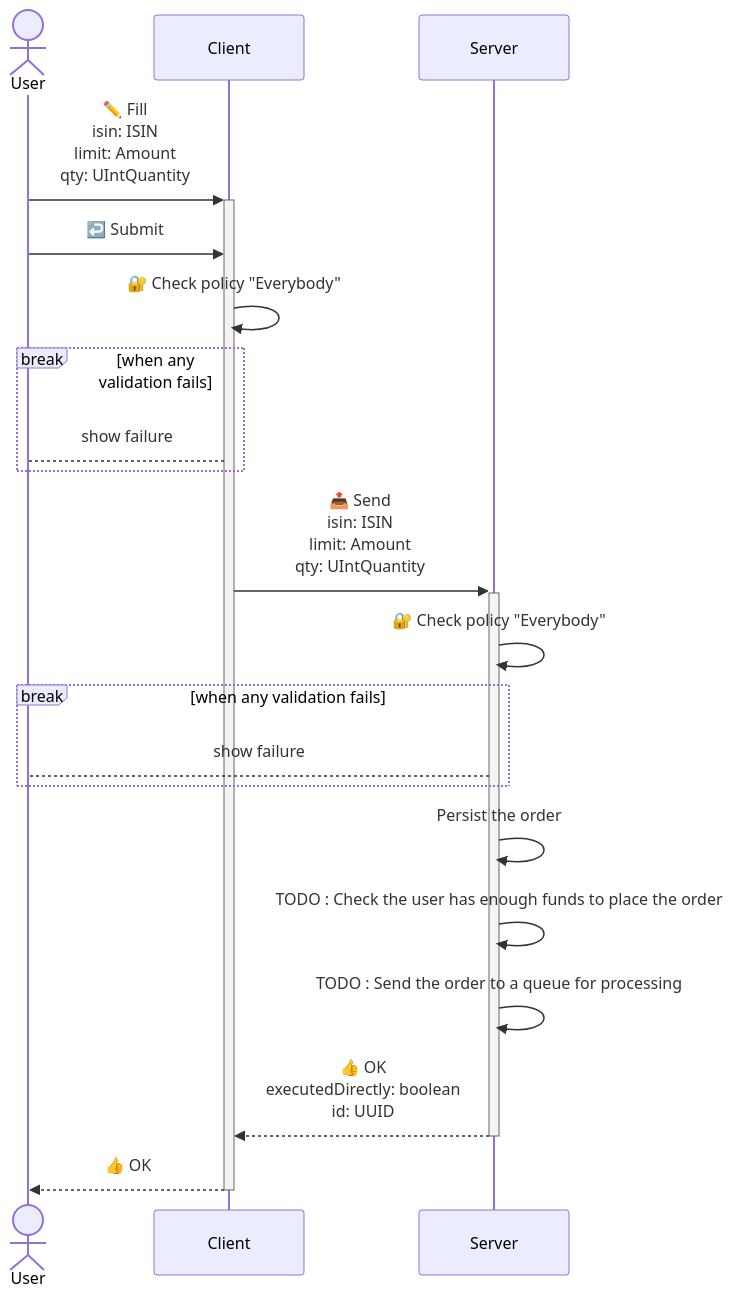
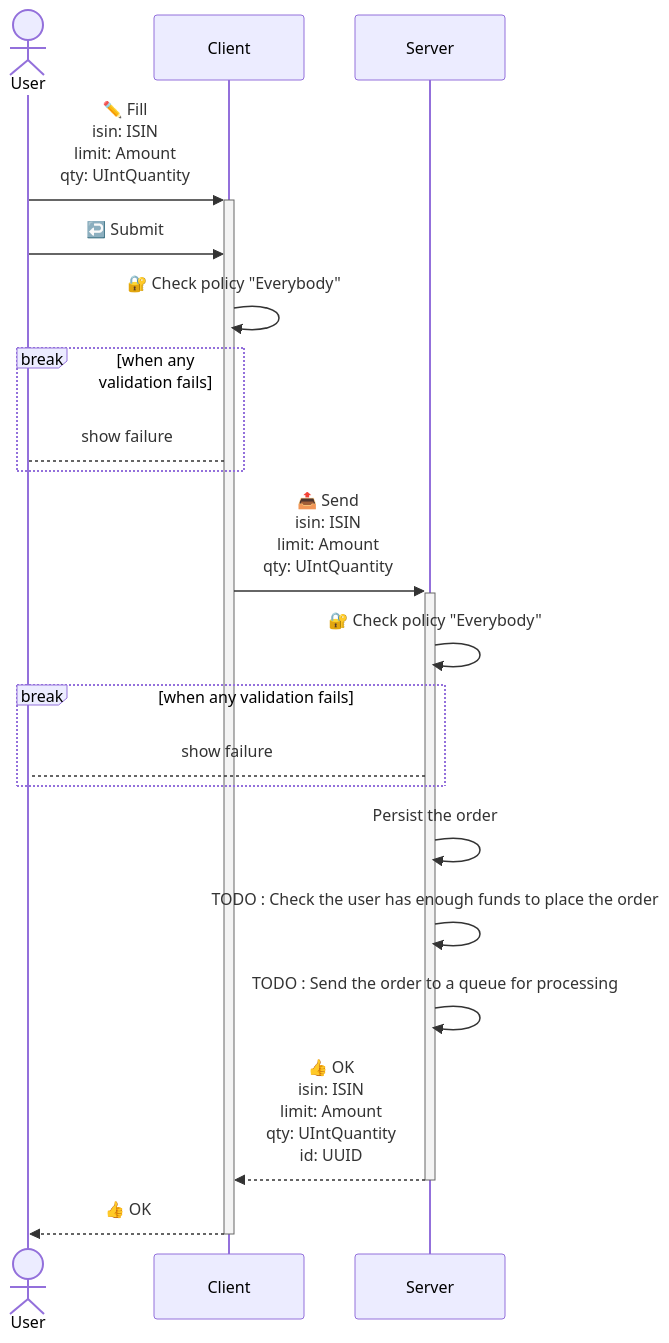
Before and after one commit to c100k/libmodulor: the first of 2 diagrams in examples/supertrader/src/apps/Trading/README.md, drawn with Mermaid. The commit also changed other lines of this file and 16 other files, not shown here.

````diff
--- a/examples/supertrader/src/apps/Trading/README.md
+++ b/examples/supertrader/src/apps/Trading/README.md
@@ -13,20 +13,20 @@
 ```mermaid
 sequenceDiagram
     actor User
     User->>+Client: ✏️ Fill<br/>isin: ISIN<br/>limit: Amount<br/>qty: UIntQuantity
     User->>Client: ↩️ Submit
     Client->>Client: 🔐 Check policy "Everybody"
     break when any validation fails
         Client-->User: show failure
     end
     Client->>+Server: 📤 Send<br/>isin: ISIN<br/>limit: Amount<br/>qty: UIntQuantity
     Server->>Server: 🔐 Check policy "Everybody"
     break when any validation fails
         Server-->User: show failure
     end
     Server->>Server: Persist the order
     Server->>Server: TODO : Check the user has enough funds to place the order
     Server->>Server: TODO : Send the order to a queue for processing
-    Server-->>-Client: 👍 OK<br/>executedDirectly: boolean<br/>id: UUID
+    Server-->>-Client: 👍 OK<br/>isin: ISIN<br/>limit: Amount<br/>qty: UIntQuantity<br/>id: UUID
     Client-->>-User: 👍 OK
 ```
````
